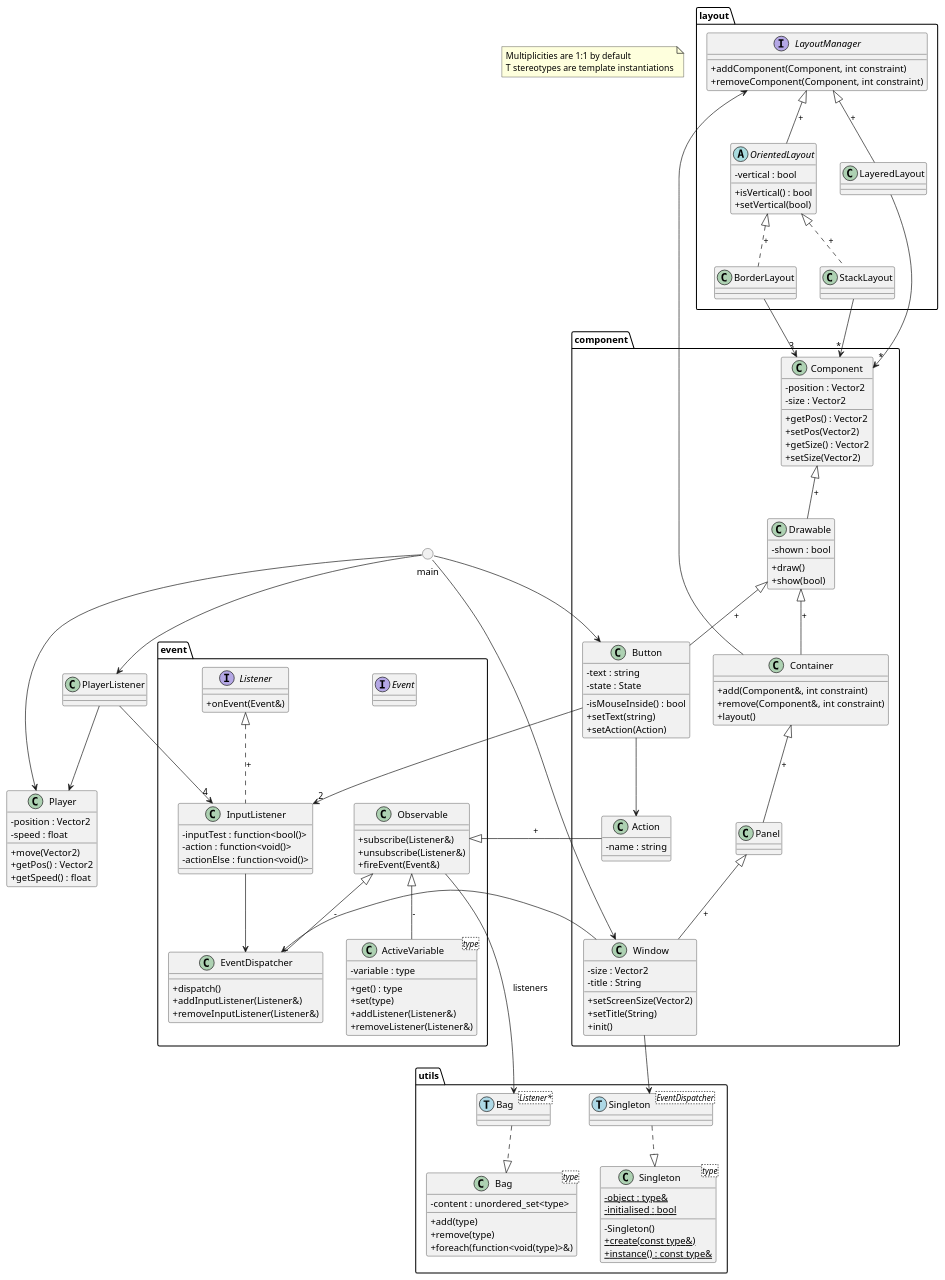
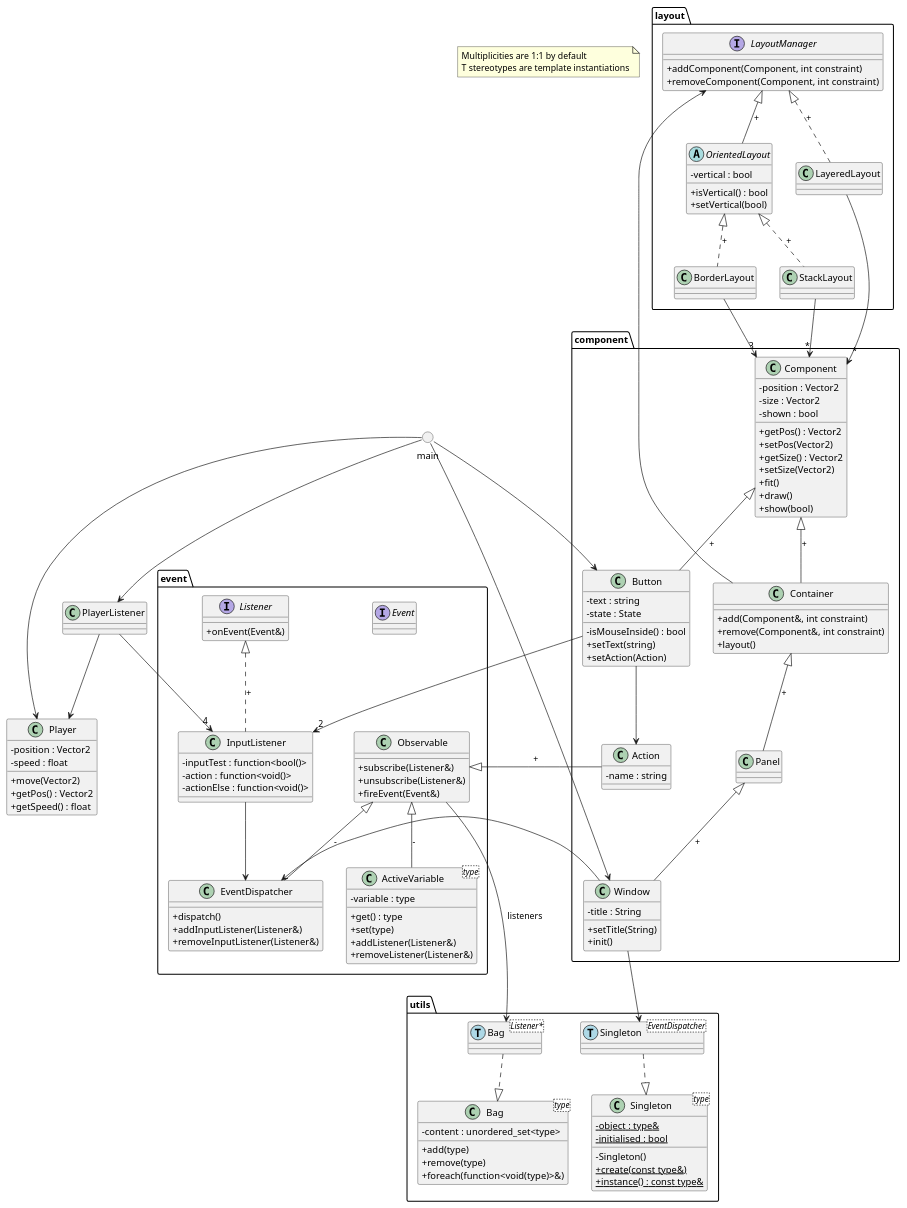
Before and after one commit to julesdupuis/CPP-UI-toolkit: the diagram in project.puml, drawn with PlantUML. The commit also changed 16 other files, not shown here.

Commit message:
merged Drawable and Component, removed useless size in Window, added resize listener to Window, added layout sizing pipeline, added drawing pipeline

```diff
--- a/project.puml
+++ b/project.puml
@@ -1,174 +1,170 @@
 @startuml project
 
 skinparam classAttributeIconSize 0
 
 note as mainNote
     Multiplicities are 1:1 by default
     T stereotypes are template instantiations
 end note
 
 () main
 class Player{
     -position : Vector2
     -speed : float
     +move(Vector2)
     +getPos() : Vector2
     +getSpeed() : float
 }
 class PlayerListener{
 
 }
 
 main --> Player
 main --> PlayerListener
 
 package utils{
     class Bag<type>{
         -content : unordered_set<type>
         +add(type)
         +remove(type)
         +foreach(function<void(type)>&)
     }
     class "Bag<Listener*>" as BagListener <<(T,LightBlue)>>
 
     class Singleton<type>{
         {static} -object : type&
         {static} -initialised : bool
         -Singleton()
         {static} +create(const type&)
         {static} +instance() : const type&
     }
     class "Singleton<EventDispatcher>" as SingletonEventDispatcher <<(T,LightBlue)>>
 }
 
 BagListener ..|> Bag
 SingletonEventDispatcher ..|> Singleton
 
 package event{
     interface Event
     interface Listener{
         +onEvent(Event&)
     }
     class Observable{
         +subscribe(Listener&)
         +unsubscribe(Listener&)
         +fireEvent(Event&)
     }
     class InputListener{
         {field} -inputTest : function<bool()>
         {field} -action : function<void()>
         {field} -actionElse : function<void()>
     }
     class EventDispatcher{
         +dispatch()
         +addInputListener(Listener&)
         +removeInputListener(Listener&)
     }
     class ActiveVariable<type>{
         -variable : type
         +get() : type
         +set(type)
         +addListener(Listener&)
         +removeListener(Listener&)
     }
 }
 
 Listener <|.. InputListener : +
 Observable <|-- EventDispatcher : -
 Observable <|-- ActiveVariable : -
 Observable --> BagListener : listeners
 
 InputListener --> EventDispatcher
 
 package component{
     class Component{
         -position : Vector2
         -size : Vector2
+        -shown : bool
         +getPos() : Vector2
         +setPos(Vector2)
         +getSize() : Vector2
         +setSize(Vector2)
-    }
-    class Drawable{
-        -shown : bool
+        +fit()
         +draw()
         +show(bool)
     }
     class Button{
         -text : string
         -state : State
         -isMouseInside() : bool
         +setText(string)
         +setAction(Action)
     }
     class Action{
         -name : string
     }
     class Container{
         +add(Component&, int constraint)
         +remove(Component&, int constraint)
         +layout()
     }
     class Panel{
 
     }
     class Window{
-        -size : Vector2
         -title : String
-        +setScreenSize(Vector2)
         +setTitle(String)
         +init()
     }
 }
 
-Component <|-- Drawable : +
-Drawable <|-- Button : +
+Component <|-- Button : +
 Observable <|-- Action : +
-Drawable <|-- Container : +
+Component <|-- Container : +
 Container <|-- Panel : +
 Panel <|-- Window : +
 
 Button --> Action
 Button --> "2" InputListener
 
 Window --> EventDispatcher
 Window --> SingletonEventDispatcher
 
 package layout{
     interface LayoutManager{
         +addComponent(Component, int constraint)
         +removeComponent(Component, int constraint)
     }
     abstract class OrientedLayout{
         -vertical : bool
         +isVertical() : bool
         +setVertical(bool)
     }
     class BorderLayout{
 
     }
     class StackLayout{
 
     }
     class LayeredLayout{
 
     }
 }
 
 LayoutManager <|-- OrientedLayout : +
 OrientedLayout <|.. BorderLayout : +
 OrientedLayout <|.. StackLayout : +
-LayoutManager <|-- LayeredLayout : +
+LayoutManager <|.. LayeredLayout : +
 
 Container --> LayoutManager
 BorderLayout --> "3" Component
 StackLayout --> "*" Component
 LayeredLayout --> "*" Component
 
 PlayerListener --> "4" InputListener
 PlayerListener --> Player
 
 main --> Window
 main --> Button
 
 @enduml
```
